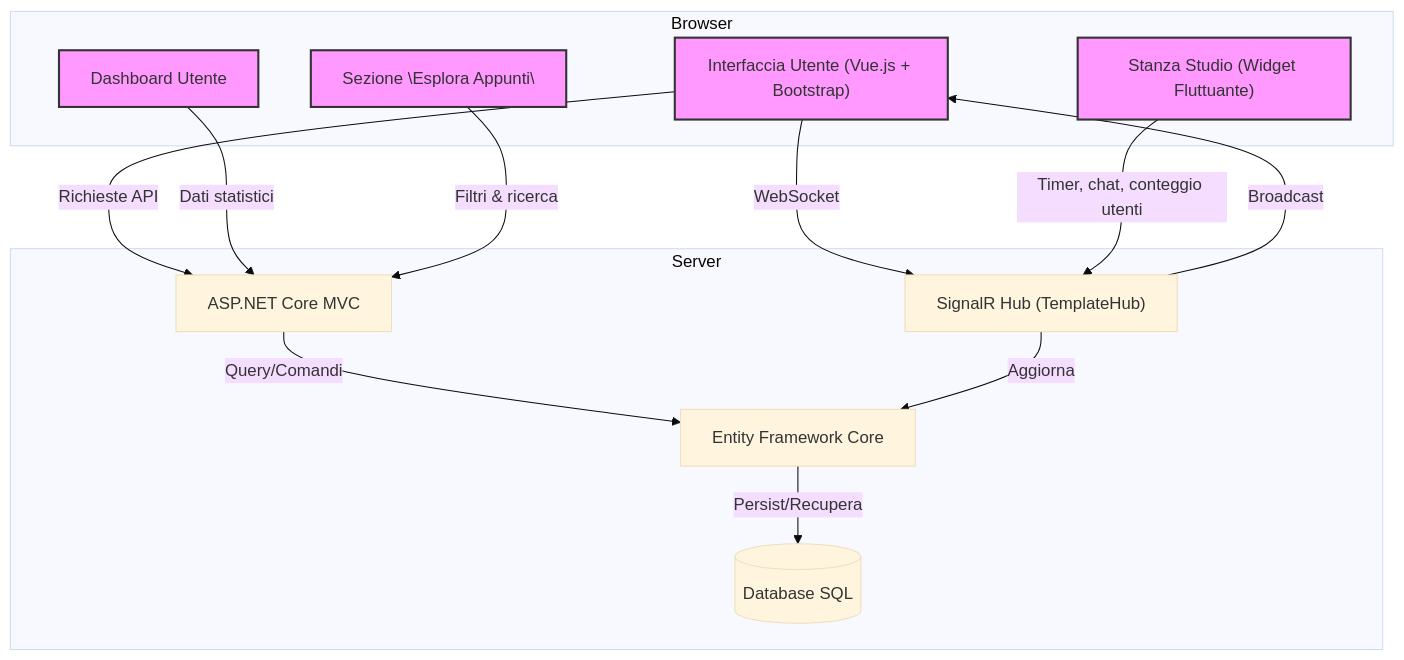
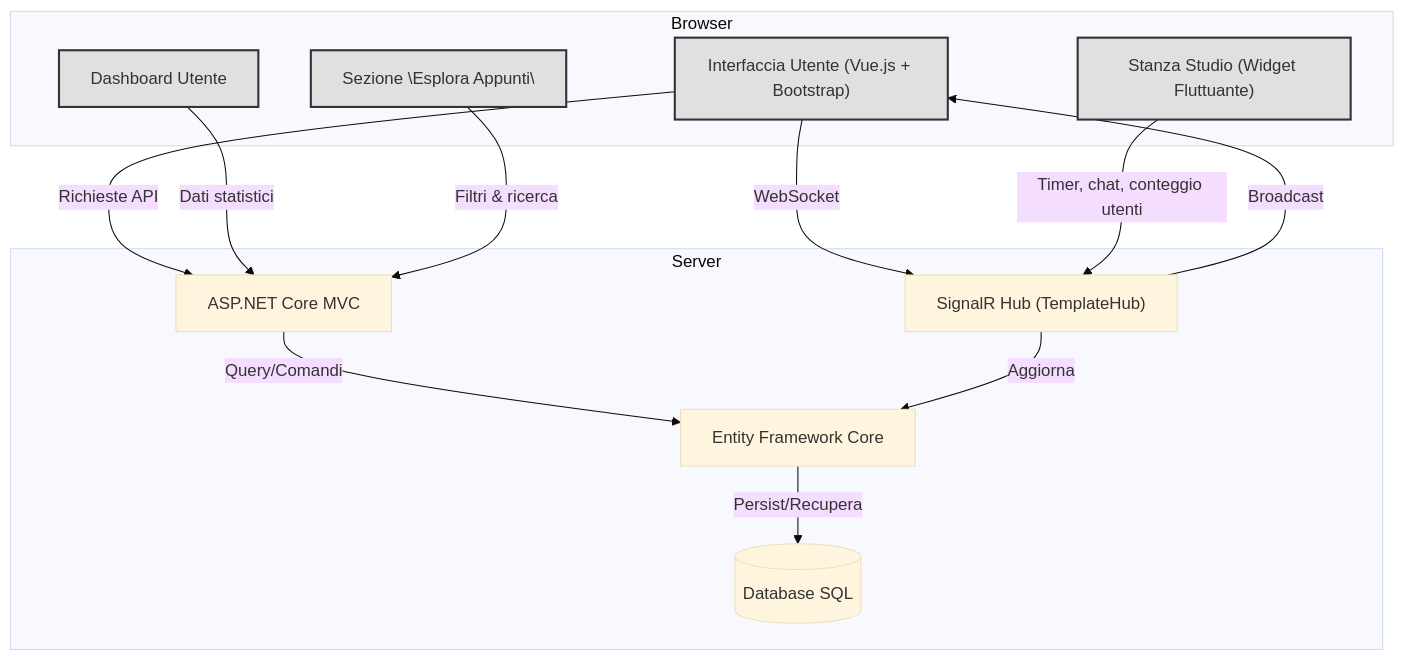
The diagram in README.md (matteoaloe2004/SyncStudio_Laboratorio_Uomo_Macchina_2025-26), drawn with Mermaid (base theme) before and after one commit.

````diff
--- a/README.md
+++ b/README.md
@@ -37,30 +37,30 @@
 ```mermaid
 flowchart TD
     subgraph Browser
         UI["Interfaccia Utente (Vue.js + Bootstrap)"]
         Dashboard["Dashboard Utente"]
         Explore["Sezione \"Esplora Appunti\""]
         Room["Stanza Studio (Widget Fluttuante)"]
     end
     subgraph Server
         MVC["ASP.NET Core MVC"]
         Hub["SignalR Hub (TemplateHub)"]
         EF["Entity Framework Core"]
         DB[("Database SQL")]
     end
     
     UI -->|"Richieste API"| MVC
     MVC -->|"Query/Comandi"| EF
     EF -->|"Persist/Recupera"| DB
     
     UI -->|"WebSocket"| Hub
     Hub -->|"Broadcast"| UI
     Hub -->|"Aggiorna"| EF
     
     Dashboard -->|"Dati statistici"| MVC
     Explore -->|"Filtri & ricerca"| MVC
     Room -->|"Timer, chat, conteggio utenti"| Hub
     
-    classDef external fill:#f9f,stroke:#333,stroke-width:2px;
+    classDef external fill:#e0e0e0,stroke:#333,stroke-width:2px;
     class UI,Dashboard,Explore,Room external;
 ```
````
